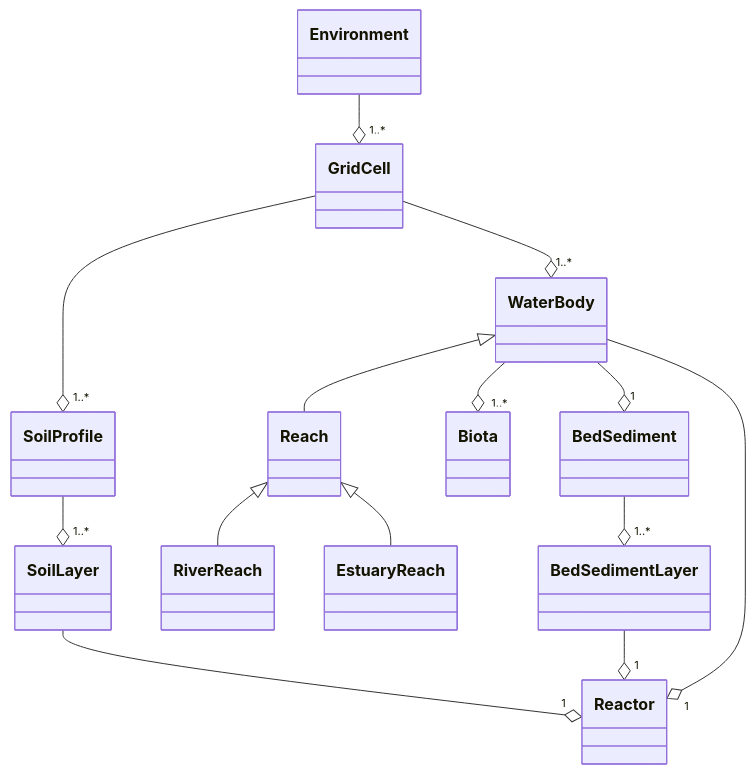
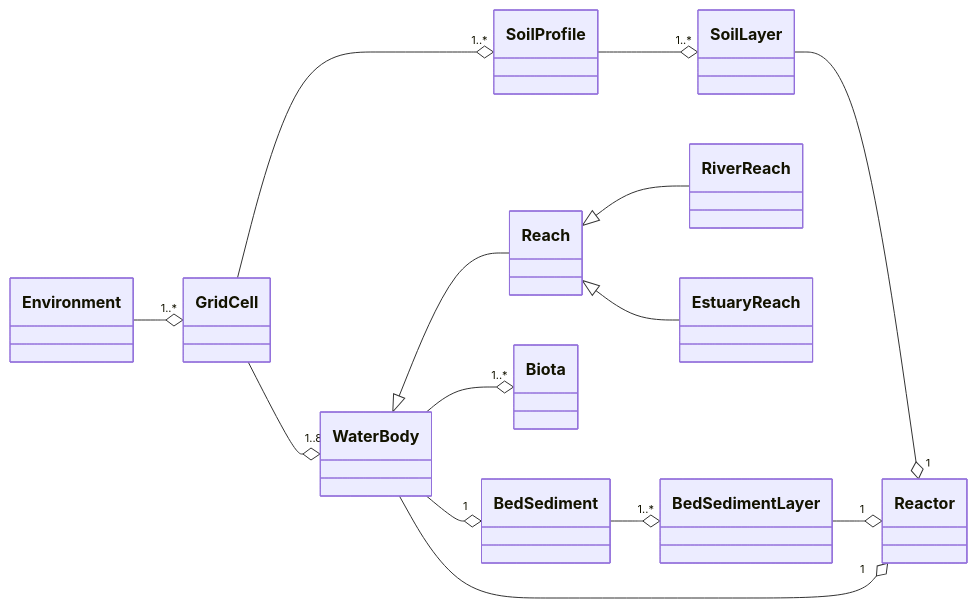
Before and after one commit to NERC-CEH/nanofase: the diagram in docs/theory/conceptual-structure.md, drawn with Mermaid. The commit also changed other lines of this file and 3 other files, not shown here.

````diff
--- a/docs/theory/conceptual-structure.md
+++ b/docs/theory/conceptual-structure.md
@@ -5,16 +5,17 @@
-```mermaid
+```{mermaid}
 classDiagram
+    direction LR
     Environment --o "1..*" GridCell
     GridCell --o "1..*" SoilProfile
-    GridCell --o "1..*" WaterBody
+    GridCell --o "1..8" WaterBody
     WaterBody <|-- Reach
     Reach <|-- RiverReach
     Reach <|-- EstuaryReach
     SoilProfile --o "1..*" SoilLayer
     WaterBody --o "1..*" Biota
     WaterBody --o "1" BedSediment
     BedSediment --o "1..*" BedSedimentLayer
     WaterBody --o "1" Reactor
     SoilLayer --o "1" Reactor
     BedSedimentLayer --o "1" Reactor
 ```
````
